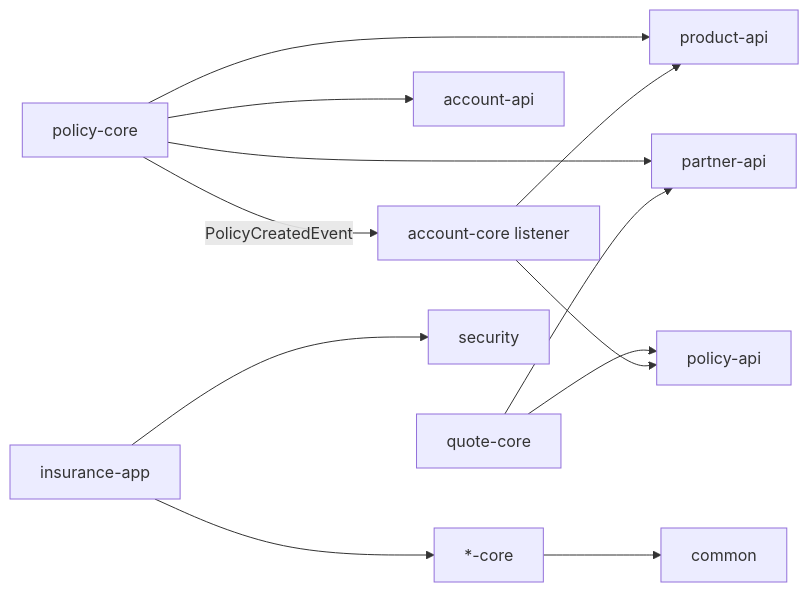
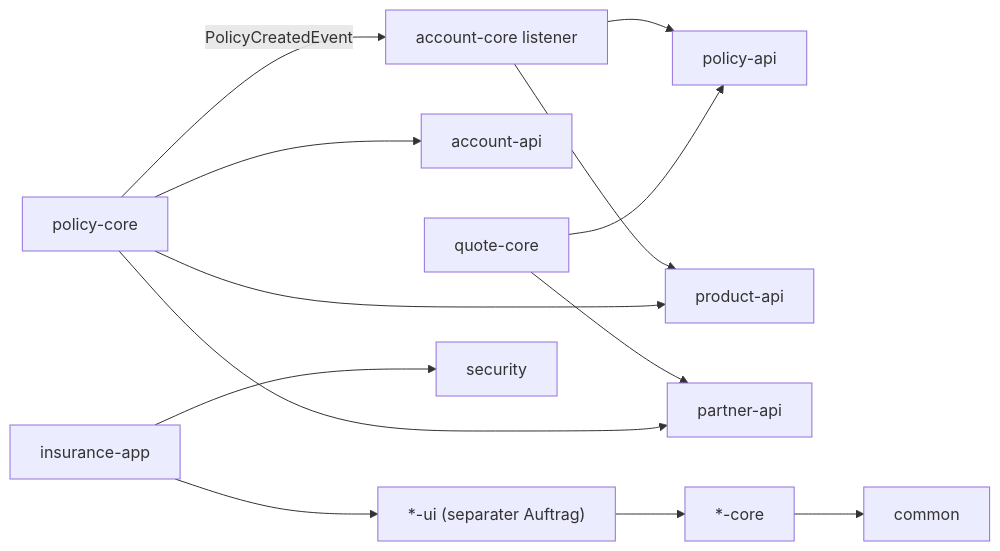
One commit to mariodavid/jmix-insurance changed the first of 2 diagrams in review.md. Above: the diagram before and after it, drawn with Mermaid. The commit also changed other lines of this file and 98 other files, not shown here.

````diff
--- a/review.md
+++ b/review.md
@@ -31,14 +33,15 @@
 ```mermaid
 flowchart LR
     QuoteCore["quote-core"] --> PolicyApi["policy-api"]
     PolicyCore["policy-core"] --> ProductApi["product-api"]
     PolicyCore --> PartnerApi["partner-api"]
     PolicyCore --> AccountApi["account-api"]
     PolicyCore -- "PolicyCreatedEvent" --> AccountCore["account-core listener"]
     AccountCore --> PolicyApi
     AccountCore --> ProductApi
     QuoteCore --> PartnerApi
-    CoreModules["*-core"] --> Common["common"]
-    App["insurance-app"] --> CoreModules
+    UiModules["*-ui (separater Auftrag)"] --> CoreModules["*-core"]
+    CoreModules --> Common["common"]
+    App["insurance-app"] --> UiModules
     App --> Security["security"]
 ```
````
